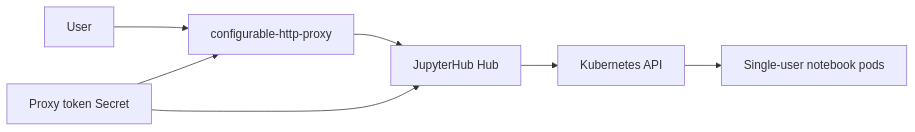
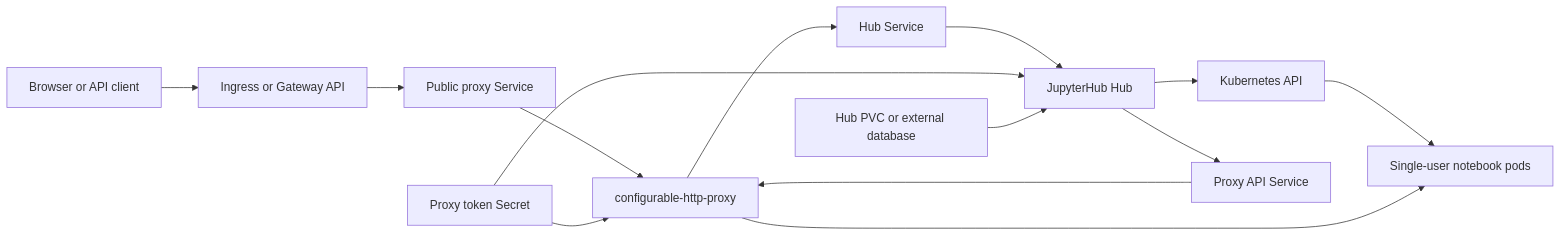
One commit to helmforgedev/charts changed the diagram in charts/jupyterhub/DESIGN.md. Above: the diagram before and after it, drawn with Mermaid. The commit also changed other lines of this file and 11 other files, not shown here.

````diff
--- a/charts/jupyterhub/DESIGN.md
+++ b/charts/jupyterhub/DESIGN.md
@@ -12,9 +20,16 @@
 ```mermaid
 flowchart LR
-  User --> Proxy[configurable-http-proxy]
-  Proxy --> Hub[JupyterHub Hub]
-  Hub --> API[Kubernetes API]
-  API --> UserPods[Single-user notebook pods]
-  Secret[Proxy token Secret] --> Proxy
-  Secret --> Hub
+  User[Browser or API client] --> Edge[Ingress or Gateway API]
+  Edge --> PublicService[Public proxy Service]
+  PublicService --> Proxy[configurable-http-proxy]
+  Proxy --> HubService[Hub Service]
+  HubService --> Hub[JupyterHub Hub]
+  Hub --> Kubernetes[Kubernetes API]
+  Kubernetes --> UserPods[Single-user notebook pods]
+  Proxy --> UserPods
+  ProxyApiService[Proxy API Service] --> Proxy
+  Hub --> ProxyApiService
+  Token[Proxy token Secret] --> Proxy
+  Token --> Hub
+  HubData[Hub PVC or external database] --> Hub
 ```
````
